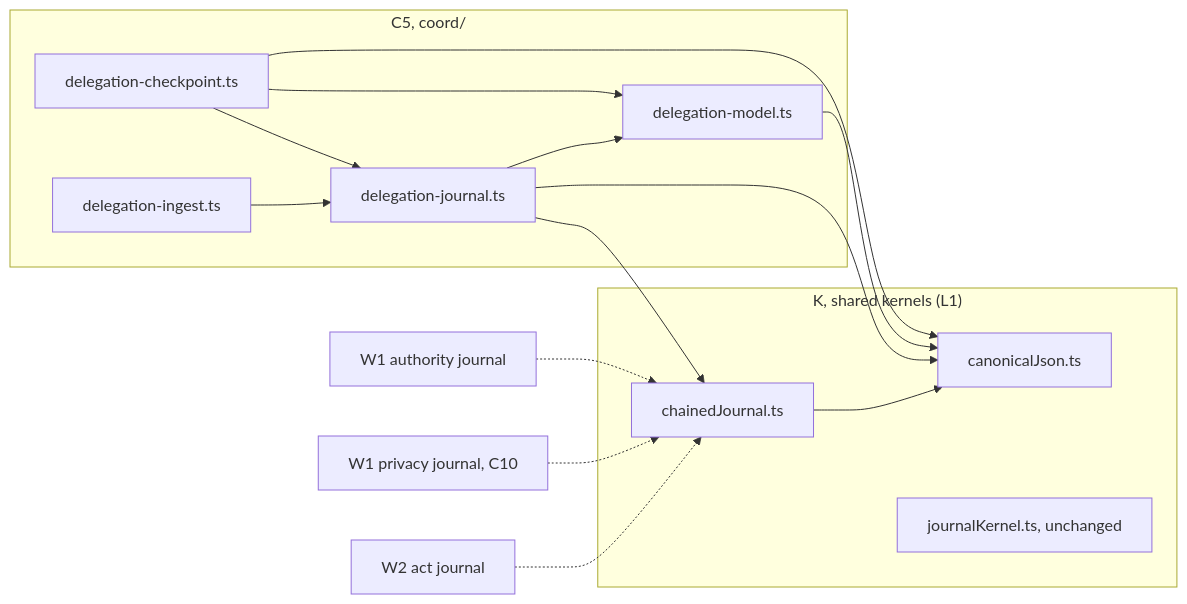
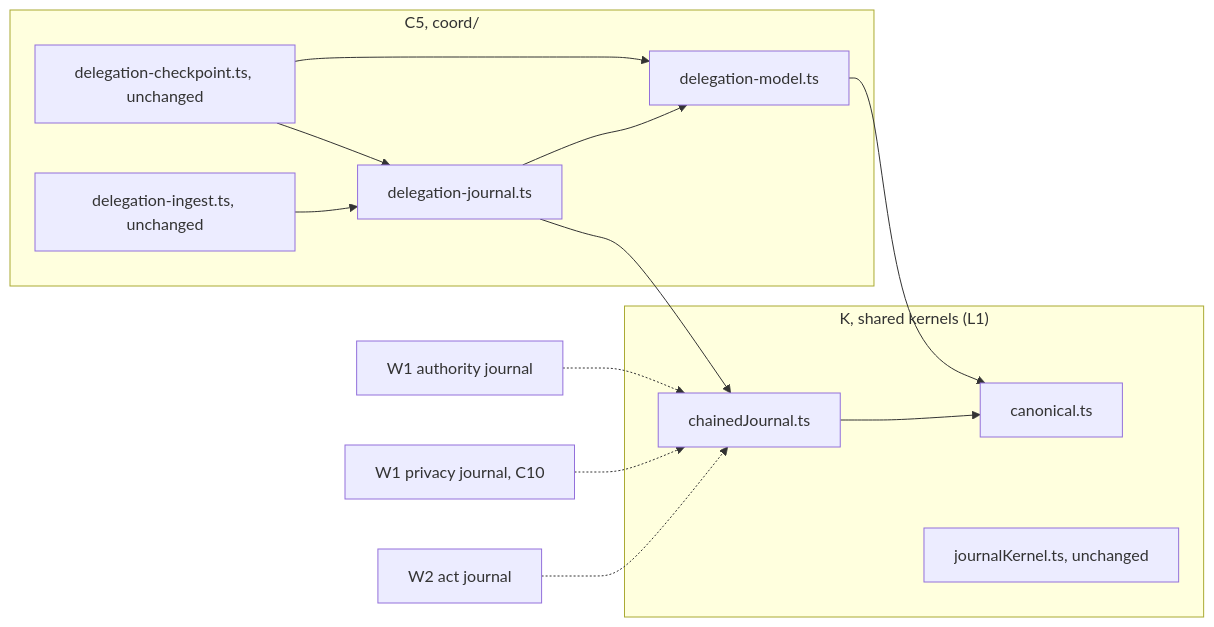
One commit to Synapsium-Labs/ccrc-pwa changed the diagram in docs/superpowers/plans/2026-11-14-overlord-w1/w1-journal-kernel.md. Above: the diagram before and after it, drawn with Mermaid. The commit also changed other lines of this file, not shown here.

````diff
--- a/docs/superpowers/plans/2026-11-14-overlord-w1/w1-journal-kernel.md
+++ b/docs/superpowers/plans/2026-11-14-overlord-w1/w1-journal-kernel.md
@@ -166,26 +240,24 @@
 ```mermaid
 flowchart LR
   subgraph K["K, shared kernels (L1)"]
-    CJ["canonicalJson.ts"]
+    CN["canonical.ts"]
     CH["chainedJournal.ts"]
     JK["journalKernel.ts, unchanged"]
   end
   subgraph C5["C5, coord/"]
     DM["delegation-model.ts"]
     DJ["delegation-journal.ts"]
-    DC["delegation-checkpoint.ts"]
-    DI["delegation-ingest.ts"]
+    DC["delegation-checkpoint.ts, unchanged"]
+    DI["delegation-ingest.ts, unchanged"]
   end
-  CH --> CJ
-  DM --> CJ
+  CH --> CN
+  DM --> CN
   DJ --> CH
-  DJ --> CJ
   DJ --> DM
   DC --> DJ
   DC --> DM
-  DC --> CJ
   DI --> DJ
   AJ["W1 authority journal"] -.-> CH
   PJ["W1 privacy journal, C10"] -.-> CH
   ACT["W2 act journal"] -.-> CH
 ```
````
